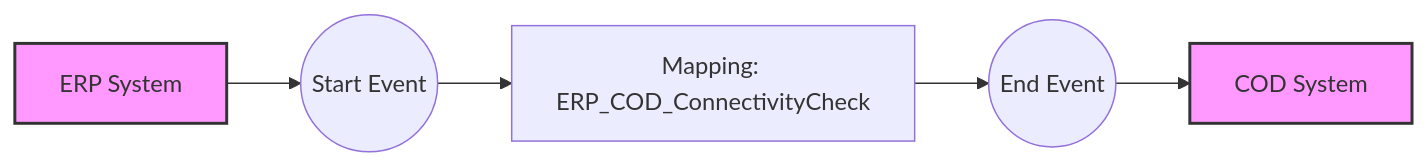
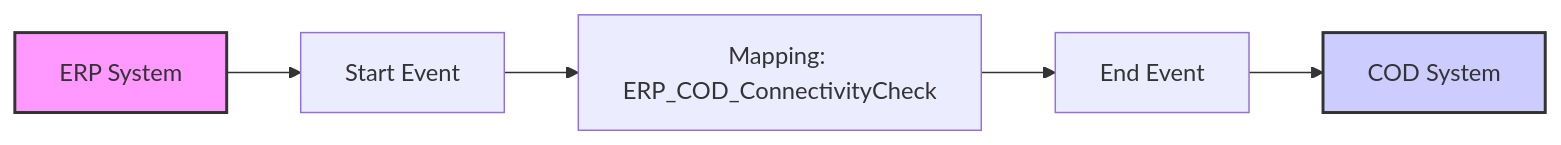
One commit to Avvale-IA-CICD/AvvaleCPI changed the diagram in MMZ - Cell Iflows/Check_Connectivity_from_SAP_Business_Suite_MMZ-1.0.3/readme.md. Above: the diagram before and after it, drawn with Mermaid. The commit also changed other lines of this file, not shown here.

````diff
--- a/MMZ - Cell Iflows/Check_Connectivity_from_SAP_Business_Suite_MMZ-1.0.3/readme.md
+++ b/MMZ - Cell Iflows/Check_Connectivity_from_SAP_Business_Suite_MMZ-1.0.3/readme.md
@@ -6,9 +4,9 @@
 ```mermaid
 graph LR
-    ERP[ERP System] --> StartEvent((Start Event))
+    ERP[ERP System] --> StartEvent[Start Event]
     StartEvent --> Mapping[Mapping: ERP_COD_ConnectivityCheck]
-    Mapping --> EndEvent((End Event))
+    Mapping --> EndEvent[End Event]
     EndEvent --> COD[COD System]
     style ERP fill:#f9f,stroke:#333,stroke-width:2px
-    style COD fill:#f9f,stroke:#333,stroke-width:2px
+    style COD fill:#ccf,stroke:#333,stroke-width:2px
 ```
````
